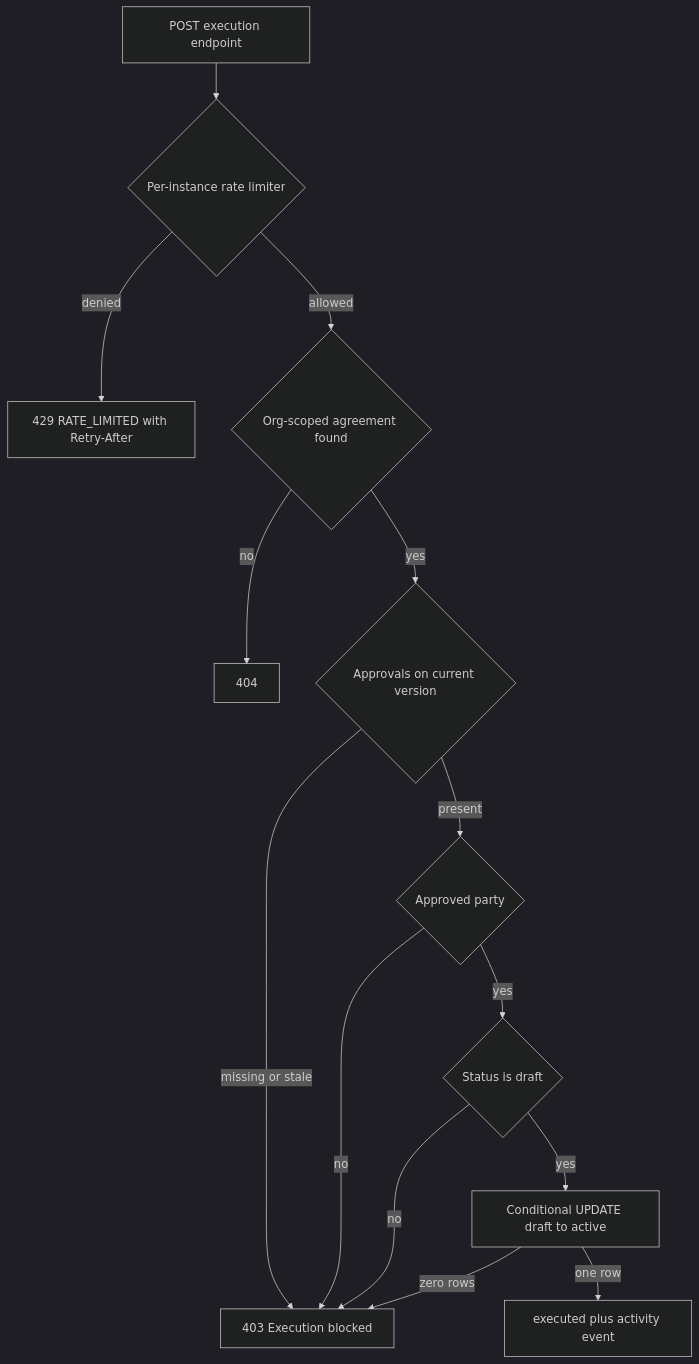
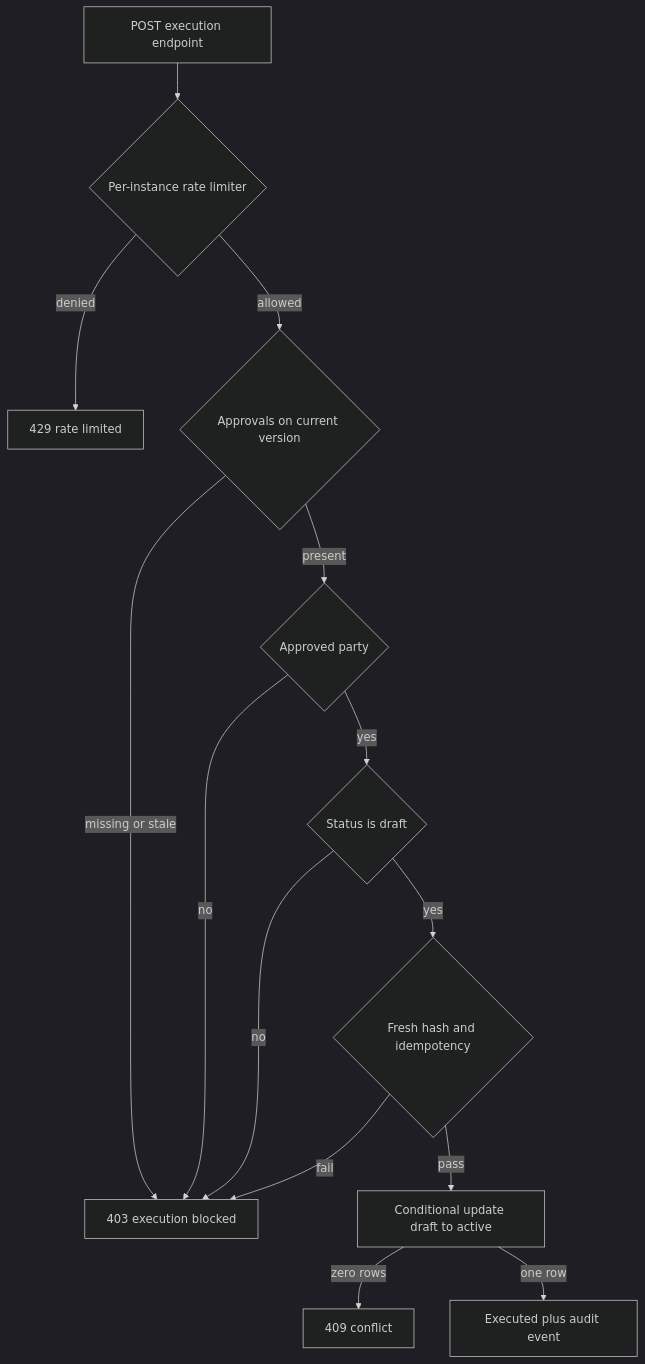
The fourth of 4 diagrams in README.md (the-nidhi-bhat/LEXORA-LegalX), drawn with Mermaid (dark theme) before and after one commit. The commit also changed other lines of this file and 40 other files, not shown here.

````diff
--- a/README.md
+++ b/README.md
@@ -137,16 +153,16 @@
 ```mermaid
 flowchart TD
-    Q[POST execution endpoint] --> L{Per-instance rate limiter}
-    L -->|denied| R429[429 RATE_LIMITED with Retry-After]
-    L -->|allowed| O{Org-scoped agreement found}
-    O -->|no| NF[404]
-    O -->|yes| AP{Approvals on current version}
-    AP -->|missing or stale| F403[403 Execution blocked]
-    AP -->|present| PT{Approved party}
-    PT -->|no| F403
-    PT -->|yes| ST{Status is draft}
-    ST -->|no| F403
-    ST -->|yes| U[Conditional UPDATE draft to active]
-    U -->|zero rows| F403
-    U -->|one row| OK[executed plus activity event]
+    Q["POST execution endpoint"] --> RL{"Per-instance rate limiter"}
+    RL -->|"denied"| R429["429 rate limited"]
+    RL -->|"allowed"| AP{"Approvals on current version"}
+    AP -->|"missing or stale"| F403["403 execution blocked"]
+    AP -->|"present"| PT{"Approved party"}
+    PT -->|"no"| F403
+    PT -->|"yes"| ST{"Status is draft"}
+    ST -->|"no"| F403
+    ST -->|"yes"| FH{"Fresh hash and idempotency"}
+    FH -->|"fail"| F403
+    FH -->|"pass"| U["Conditional update draft to active"]
+    U -->|"zero rows"| F409["409 conflict"]
+    U -->|"one row"| OK["Executed plus audit event"]
 ```
````
